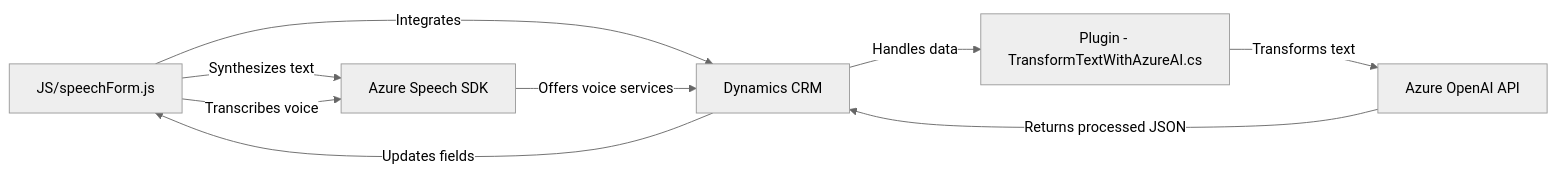
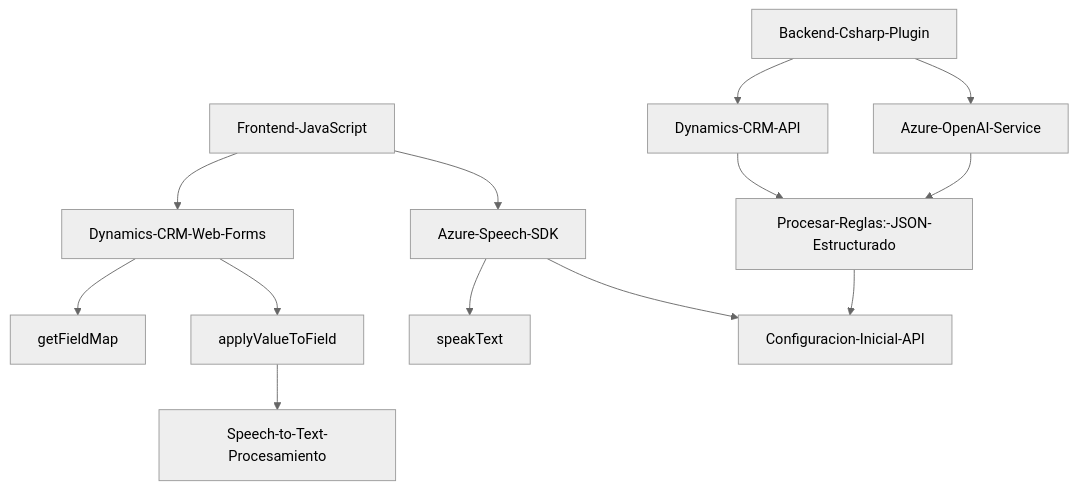
Before and after one commit to blopezdm/NETCORE_BILBAO2025: the diagram in README.md, drawn with Mermaid (neutral theme). The commit also changed other lines of this file, not shown here.

````diff
--- a/README.md
+++ b/README.md
@@ -48,11 +41,18 @@
 ```mermaid
-graph LR
-A["Frontend - JS/readForm.js"] --Synthesizes text--> B["Azure Speech SDK"]
-A["Frontend - JS/speechForm.js"] --Transcribes voice--> B["Azure Speech SDK"]
-A["JS/speechForm.js"] --Integrates---> C["Dynamics 365 API"]
-B --Offers voice services--> C
-C["Dynamics CRM"] --Handles data--> D["Plugin - TransformTextWithAzureAI.cs"]
-D --Transforms text--> E["Azure OpenAI API"]
-E --Returns processed JSON--> C
-C --Updates fields--> A
+graph TD
+A[Frontend-JavaScript] --> B[Azure-Speech-SDK]
+A --> C[Dynamics-CRM-Web-Forms]
+C --> D[getFieldMap]
+C --> E[applyValueToField]
+E --> F[Speech-to-Text-Procesamiento]
+B --> G[speakText]
+
+X[Backend-Csharp-Plugin]
+X --> Y[Azure-OpenAI-Service]
+X --> Z[Dynamics-CRM-API]
+Z --> W[TransformText]
+Y --> W["Procesar-Reglas:-JSON-Estructurado"]
+
+B --> H["Configuracion-Inicial-API"]
+W --> H
 ```
````
